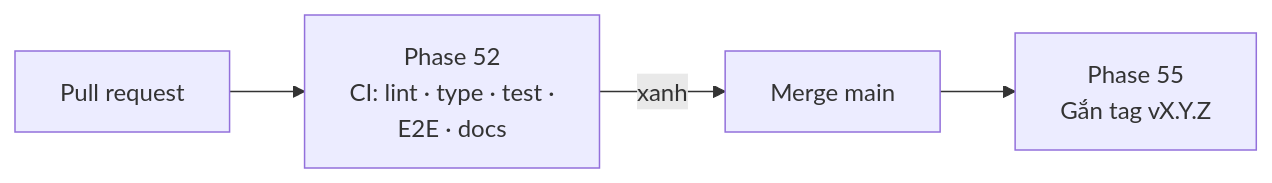
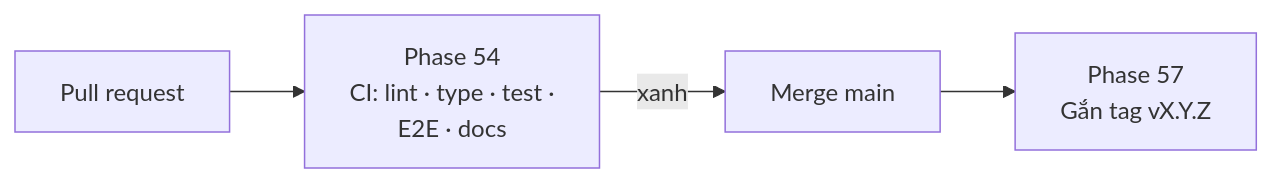
Before and after one commit to nvminhtu/niche-radar-docs: the diagram in docs/web/version-7.md, drawn with Mermaid. The commit also changed other lines of this file and 298 other files, not shown here.

````diff
--- a/docs/web/version-7.md
+++ b/docs/web/version-7.md
@@ -17,6 +17,6 @@
 ```mermaid
 flowchart LR
-  PR[Pull request] --> CI[Phase 52<br/>CI: lint · type · test ·<br/>E2E · docs]
+  PR[Pull request] --> CI[Phase 54<br/>CI: lint · type · test ·<br/>E2E · docs]
   CI -->|xanh| M[Merge main]
-  M --> T[Phase 55<br/>Gắn tag vX.Y.Z]
+  M --> T[Phase 57<br/>Gắn tag vX.Y.Z]
 ```
````
